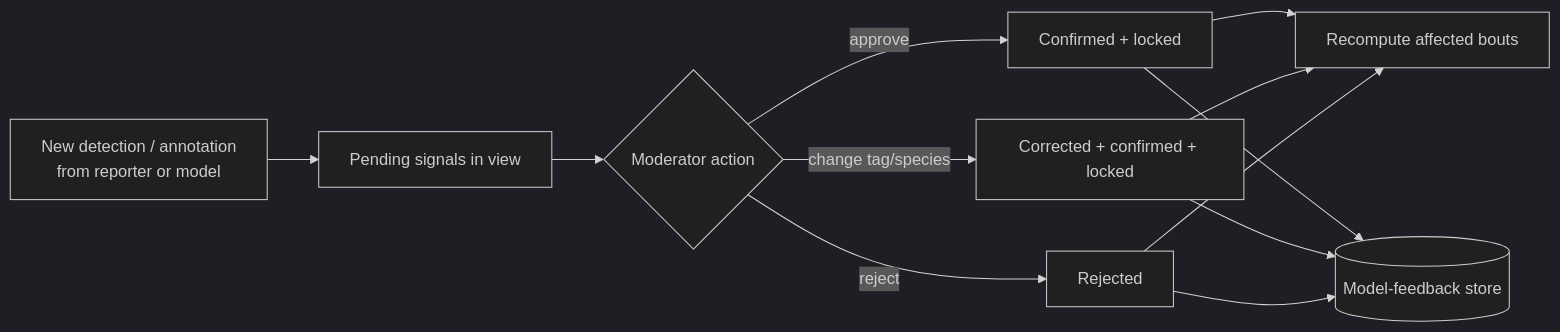
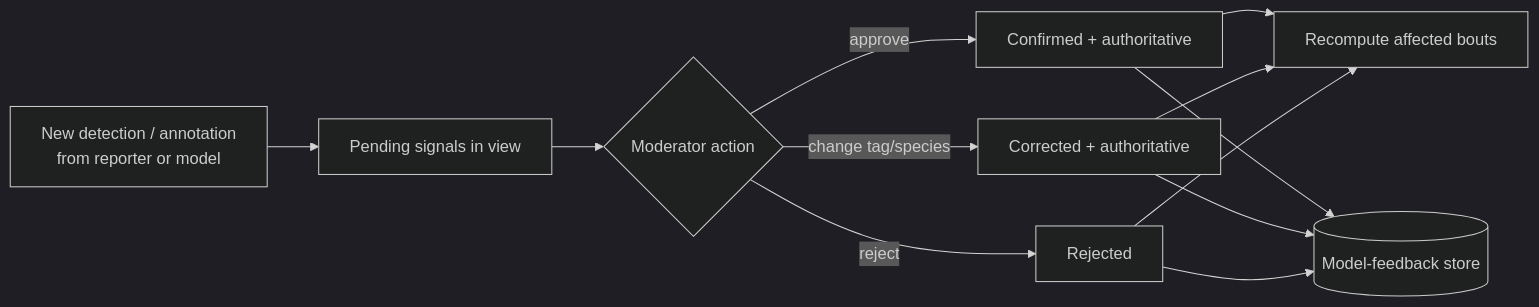
Before and after one commit to orcasound/orcahello: the first of 2 diagrams in ModeratorFrontEnd/specification/signal-moderation-ux-proposal.md, drawn with Mermaid (dark theme). The commit also changed other lines of this file and 9 other files, not shown here.

````diff
--- a/ModeratorFrontEnd/specification/signal-moderation-ux-proposal.md
+++ b/ModeratorFrontEnd/specification/signal-moderation-ux-proposal.md
@@ -461,14 +472,14 @@
 ```mermaid
 flowchart LR
   I[New detection / annotation<br/>from reporter or model] --> Q[Pending signals in view]
   Q --> R{Moderator action}
-  R -- approve --> C[Confirmed + locked]
-  R -- change tag/species --> K[Corrected + confirmed + locked]
+  R -- approve --> C[Confirmed + authoritative]
+  R -- change tag/species --> K[Corrected + authoritative]
   R -- reject --> X[Rejected]
   C --> B[Recompute affected bouts]
   K --> B
   X --> B
   C --> F[(Model-feedback store)]
   K --> F
   X --> F
 ```
````
